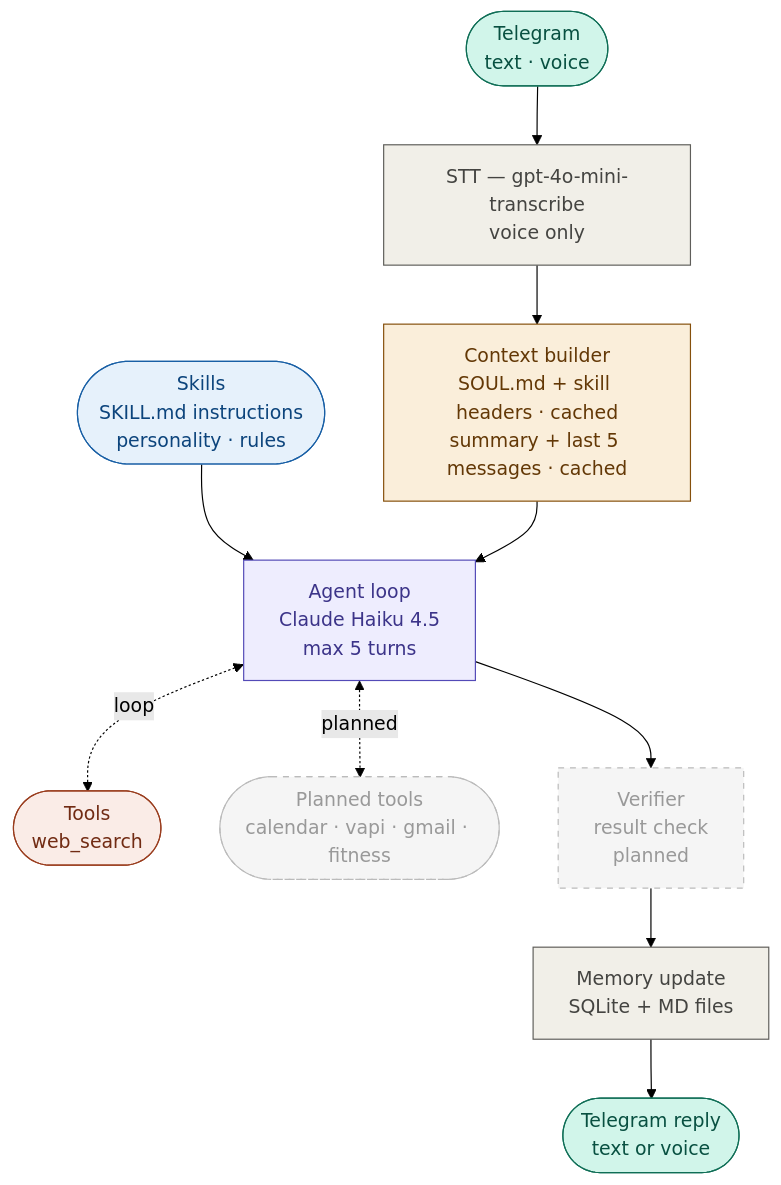
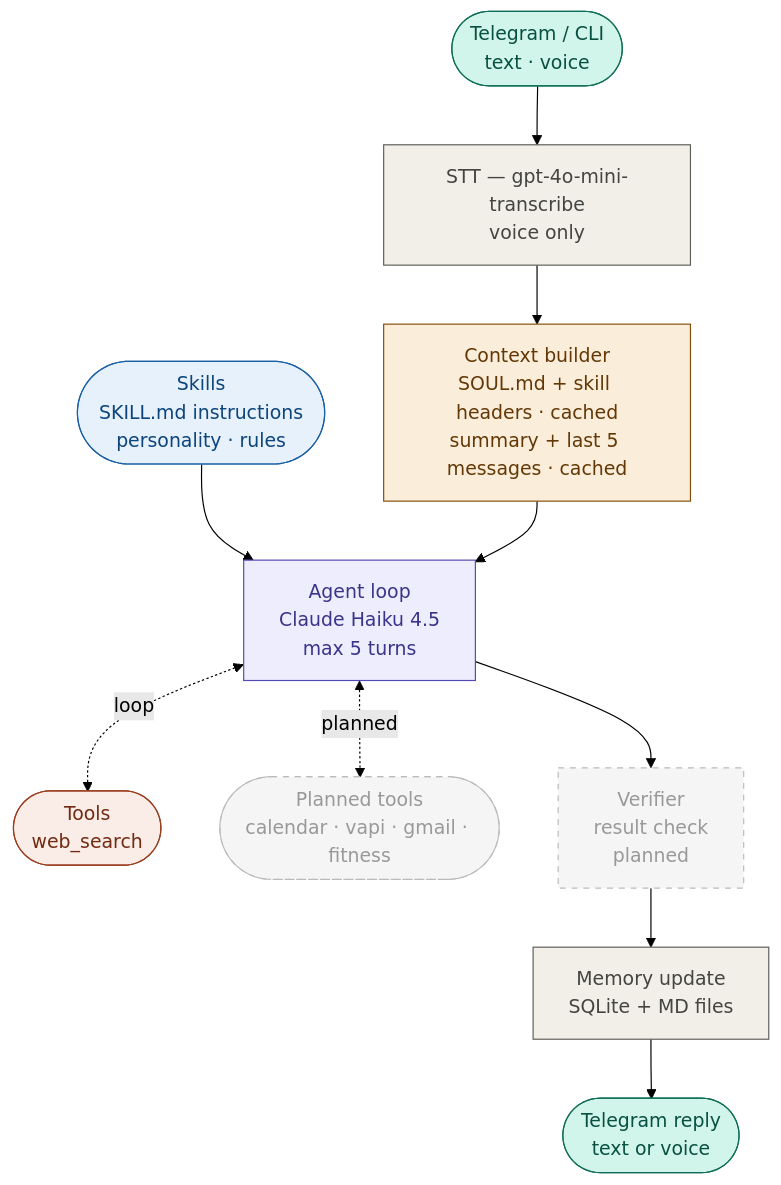
One commit to Liakhov/milo changed the diagram in README.md. Above: the diagram before and after it, drawn with Mermaid (forest theme). The commit also changed other lines of this file, not shown here.

````diff
--- a/README.md
+++ b/README.md
@@ -11,25 +20,25 @@
 ```mermaid
 flowchart TD
-    A([Telegram\ntext · voice]) --> B[STT — gpt-4o-mini-transcribe\nvoice only]
+    A([Telegram / CLI\ntext · voice]) --> B[STT — gpt-4o-mini-transcribe\nvoice only]
     B --> C[Context builder\nSOUL.md + skill headers · cached\nsummary + last 5 messages · cached]
 
     E([Skills\nSKILL.md instructions\npersonality · rules]) --> D
     C --> D[Agent loop\nClaude Haiku 4.5\nmax 5 turns]
     D <-.loop.-> F([Tools\nweb_search])
     D <-.planned.-> F2([Planned tools\ncalendar · vapi · gmail · fitness])
 
     D --> G[Verifier\nresult check\nplanned]
     G --> H[Memory update\nSQLite + MD files]
     H --> I([Telegram reply\ntext or voice])
 
     style A fill:#d1f5ea,stroke:#0f6e56,color:#085041
     style I fill:#d1f5ea,stroke:#0f6e56,color:#085041
     style D fill:#eeedfe,stroke:#534ab7,color:#3c3489
     style C fill:#faeeda,stroke:#854f0b,color:#633806
     style E fill:#e6f1fb,stroke:#185fa5,color:#0c447c
     style F fill:#faece7,stroke:#993c1d,color:#712b13
     style G fill:#f5f5f5,stroke:#bbb,color:#999,stroke-dasharray: 5 5
     style F2 fill:#f5f5f5,stroke:#bbb,color:#999,stroke-dasharray: 5 5
     style B fill:#f1efe8,stroke:#5f5e5a,color:#444441
     style H fill:#f1efe8,stroke:#5f5e5a,color:#444441
 ```
````
